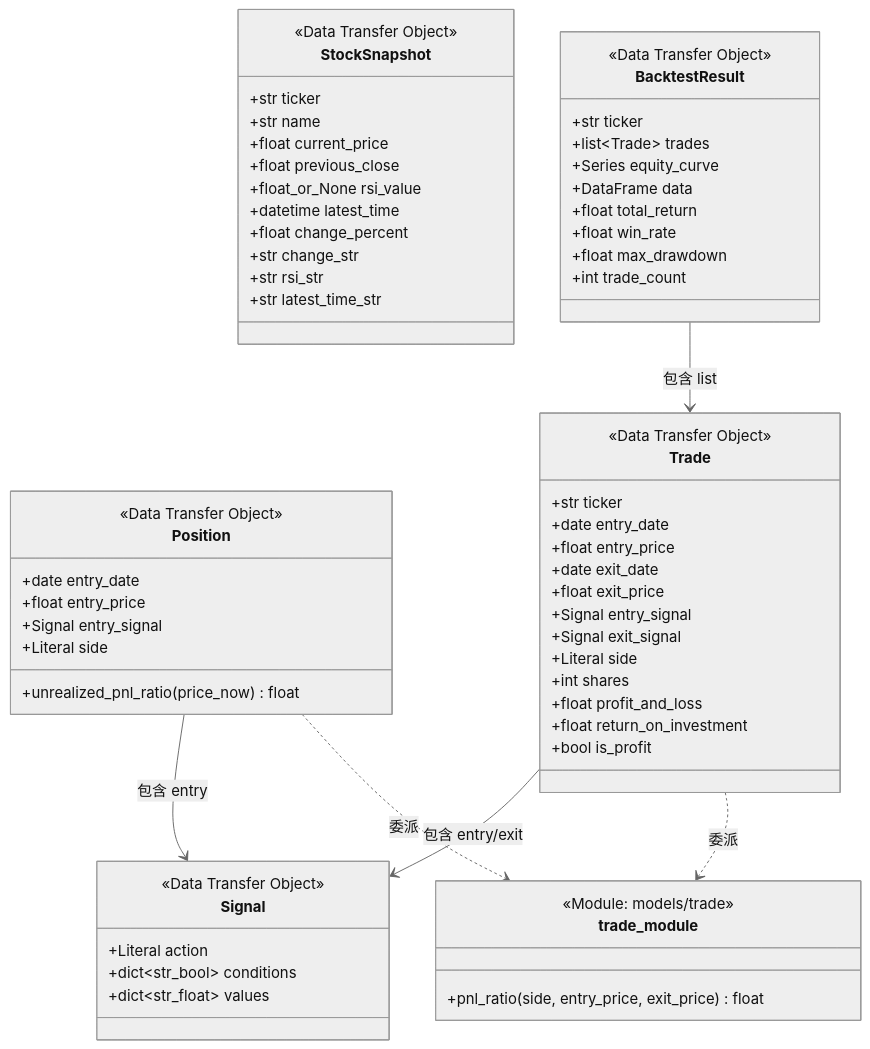
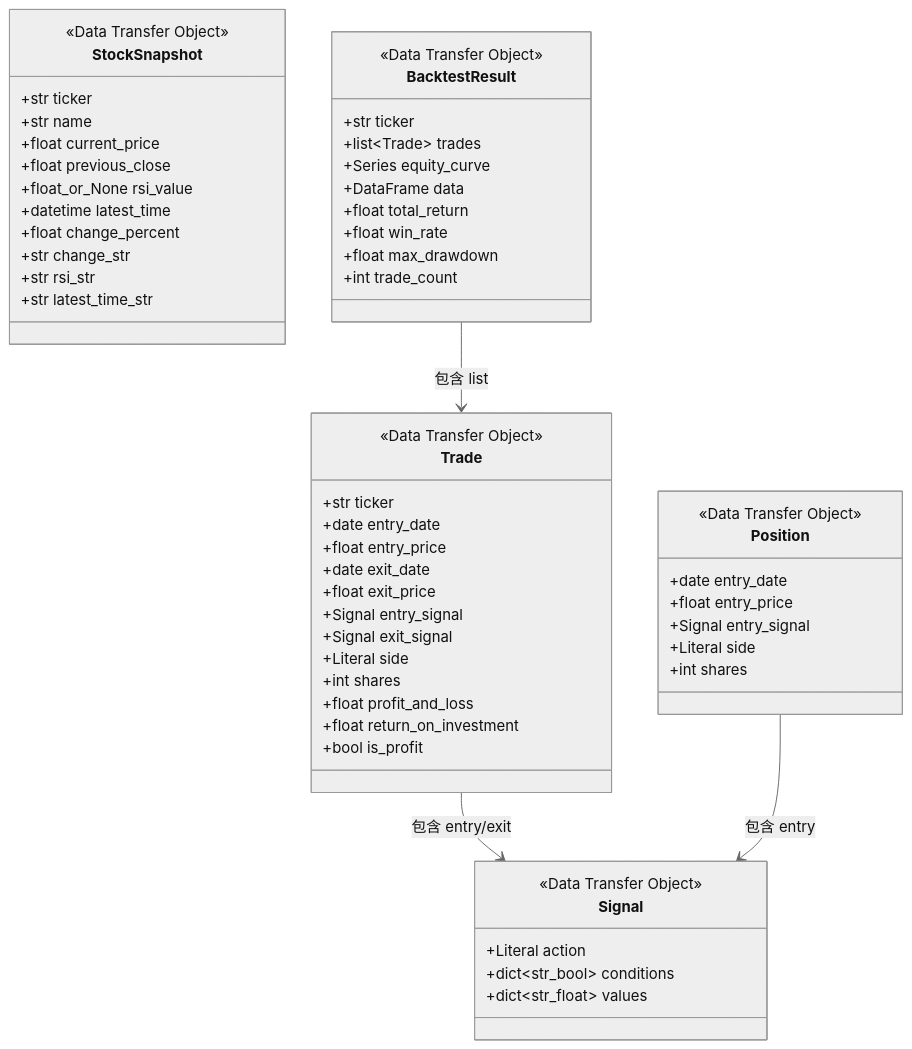
One commit to JialaChang/Discord-Stock-Bot changed the first of 6 diagrams in docs/UML.md. Above: the diagram before and after it, drawn with Mermaid (neutral theme). The commit also changed other lines of this file and 12 other files, not shown here.

````diff
--- a/docs/UML.md
+++ b/docs/UML.md
@@ -11,73 +11,66 @@
 ```mermaid
 classDiagram
     direction TB
-
-    class trade_module {
-        <<Module: models/trade>>
-        +pnl_ratio(side, entry_price, exit_price) float
-    }
 
     class StockSnapshot {
         <<Data Transfer Object>>
         +str ticker
         +str name
         +float current_price
         +float previous_close
         +float_or_None rsi_value
         +datetime latest_time
         +float change_percent
         +str change_str
         +str rsi_str
         +str latest_time_str
     }
 
     class Signal {
         <<Data Transfer Object>>
         +Literal action
         +dict~str_bool~ conditions
         +dict~str_float~ values
     }
 
     class Position {
         <<Data Transfer Object>>
         +date entry_date
         +float entry_price
         +Signal entry_signal
         +Literal side
-        +unrealized_pnl_ratio(price_now) float
+        +int shares
     }
 
     class Trade {
         <<Data Transfer Object>>
         +str ticker
         +date entry_date
         +float entry_price
         +date exit_date
         +float exit_price
         +Signal entry_signal
         +Signal exit_signal
         +Literal side
         +int shares
         +float profit_and_loss
         +float return_on_investment
         +bool is_profit
     }
 
     class BacktestResult {
         <<Data Transfer Object>>
         +str ticker
         +list~Trade~ trades
         +Series equity_curve
         +DataFrame data
         +float total_return
         +float win_rate
         +float max_drawdown
         +int trade_count
     }
 
     Trade --> Signal : 包含 entry/exit
     Position --> Signal : 包含 entry
     BacktestResult --> Trade : 包含 list
-    Position ..> trade_module : 委派
-    Trade ..> trade_module : 委派
 ```
````
